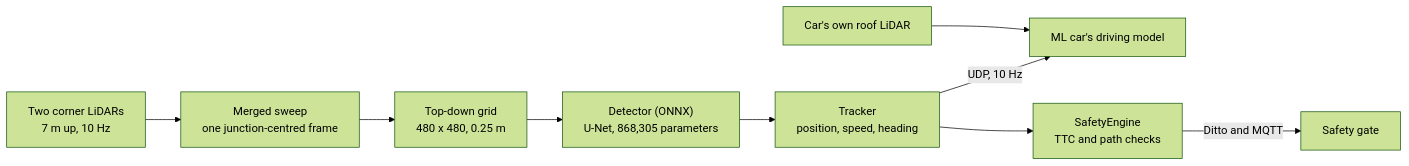
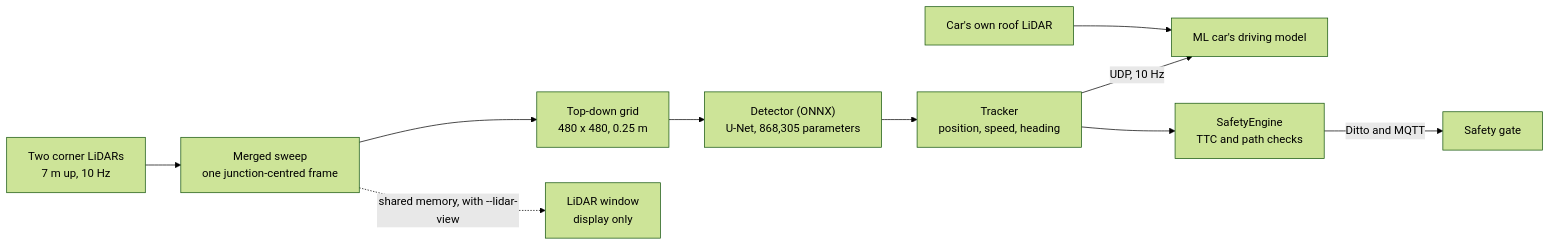
One commit to JaceMonforton/Intersection-Digital-Twin-2027 changed the first of 2 diagrams in README.md. Above: the diagram before and after it, drawn with Mermaid (forest theme). The commit also changed other lines of this file and 8 other files, not shown here.

First line of the commit message:
Add a live LiDAR window, and bring the README up to date

````diff
--- a/README.md
+++ b/README.md
@@ -224,11 +225,12 @@
 ```mermaid
 flowchart LR
     L["Two corner LiDARs<br/>7 m up, 10 Hz"] --> M["Merged sweep<br/>one junction-centred frame"]
     M --> G["Top-down grid<br/>480 x 480, 0.25 m"]
     G --> D["Detector (ONNX)<br/>U-Net, 868,305 parameters"]
     D --> T["Tracker<br/>position, speed, heading"]
     T -->|"UDP, 10 Hz"| C["ML car's driving model"]
     R["Car's own roof LiDAR"] --> C
     T --> S["SafetyEngine<br/>TTC and path checks"]
     S -->|"Ditto and MQTT"| B["Safety gate"]
+    M -.->|"shared memory, with --lidar-view"| V["LiDAR window<br/>display only"]
 ```
````
